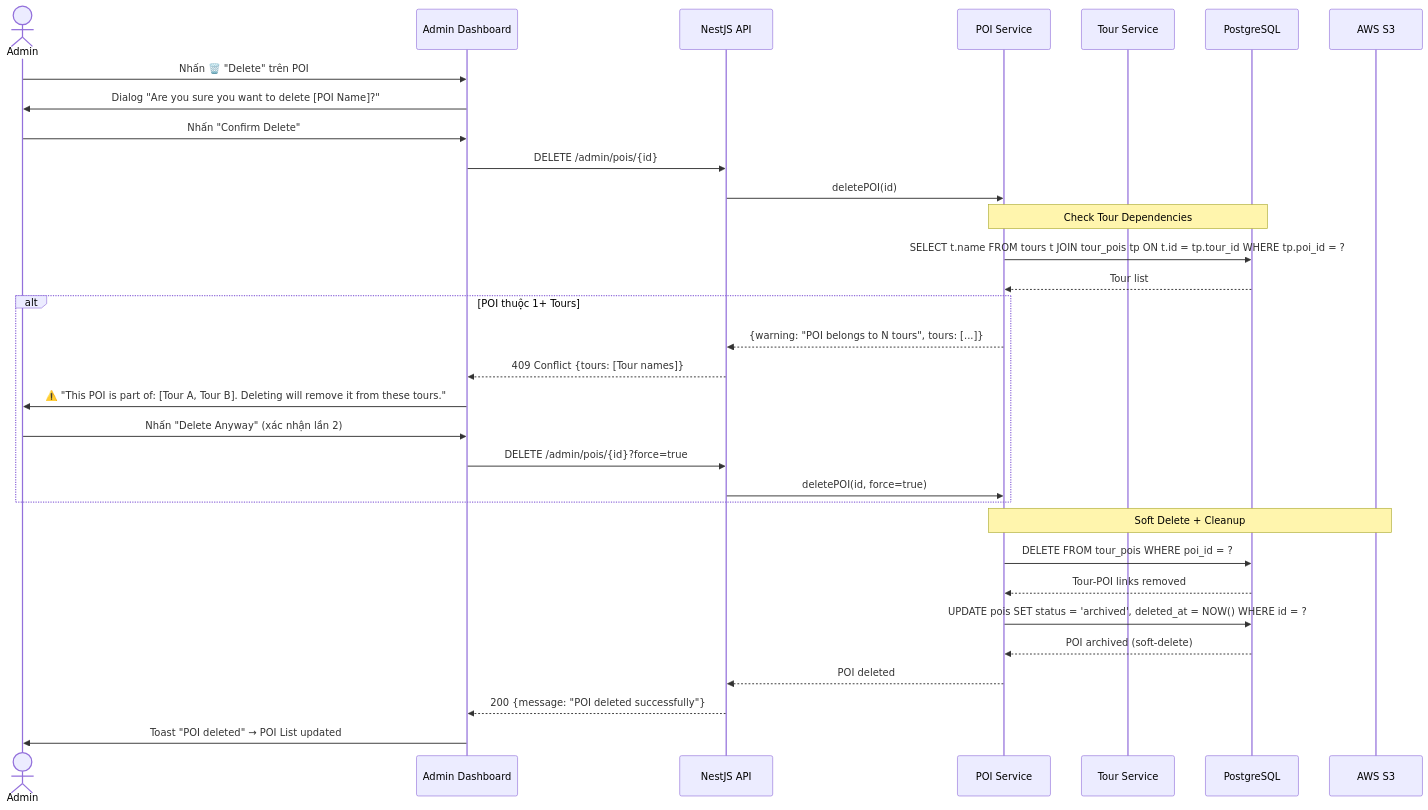
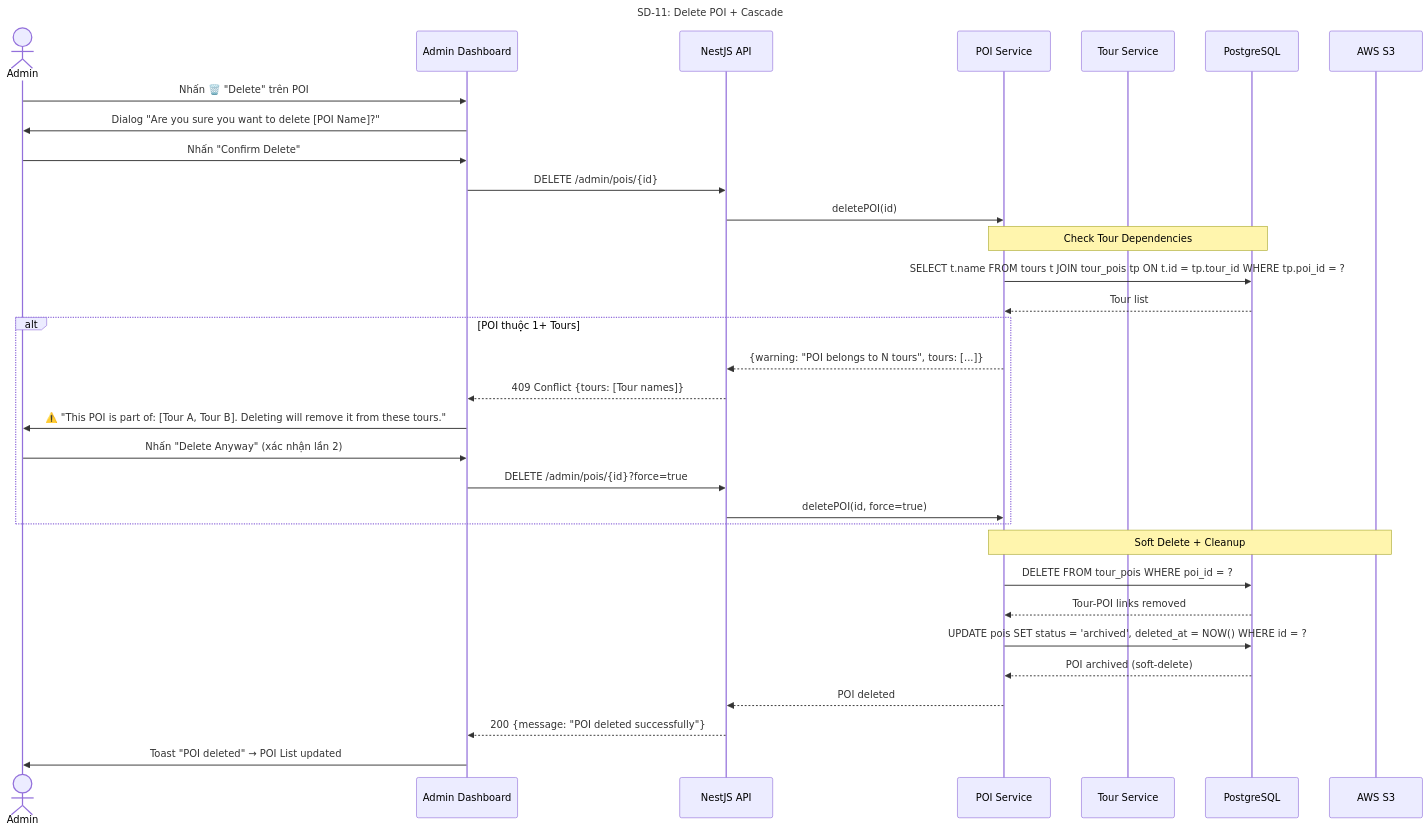
Before and after one commit to Ttuandatt/Seminar: diagram 11 of 17 in docs/step3_prd/15_sequence_diagrams.md, drawn with Mermaid. The commit also changed other lines of this file, not shown here.

Commit message:
docs(sequence): add title labels to all 17 mermaid sequence diagrams for draw.io identification

````diff
--- a/docs/step3_prd/15_sequence_diagrams.md
+++ b/docs/step3_prd/15_sequence_diagrams.md
@@ -522,40 +532,41 @@
 ```mermaid
 sequenceDiagram
+    title SD-11: Delete POI + Cascade
     actor Admin
     participant UI as Admin Dashboard
     participant API as NestJS API
     participant POI as POI Service
     participant Tour as Tour Service
     participant DB as PostgreSQL
     participant S3 as AWS S3
 
     Admin->>UI: Nhấn 🗑️ "Delete" trên POI
     UI->>Admin: Dialog "Are you sure you want to delete [POI Name]?"
     Admin->>UI: Nhấn "Confirm Delete"
     
     UI->>API: DELETE /admin/pois/{id}
     API->>POI: deletePOI(id)
     
     Note over POI, DB: Check Tour Dependencies
     POI->>DB: SELECT t.name FROM tours t JOIN tour_pois tp ON t.id = tp.tour_id WHERE tp.poi_id = ?
     DB-->>POI: Tour list
 
     alt POI thuộc 1+ Tours
         POI-->>API: {warning: "POI belongs to N tours", tours: [...]}
         API-->>UI: 409 Conflict {tours: [Tour names]}
         UI->>Admin: ⚠️ "This POI is part of: [Tour A, Tour B]. Deleting will remove it from these tours."
         Admin->>UI: Nhấn "Delete Anyway" (xác nhận lần 2)
         UI->>API: DELETE /admin/pois/{id}?force=true
         API->>POI: deletePOI(id, force=true)
     end
 
     Note over POI, S3: Soft Delete + Cleanup
     POI->>DB: DELETE FROM tour_pois WHERE poi_id = ?
     DB-->>POI: Tour-POI links removed
     POI->>DB: UPDATE pois SET status = 'archived', deleted_at = NOW() WHERE id = ?
     DB-->>POI: POI archived (soft-delete)
     
     POI-->>API: POI deleted
     API-->>UI: 200 {message: "POI deleted successfully"}
     UI->>Admin: Toast "POI deleted" → POI List updated
 ```
````
